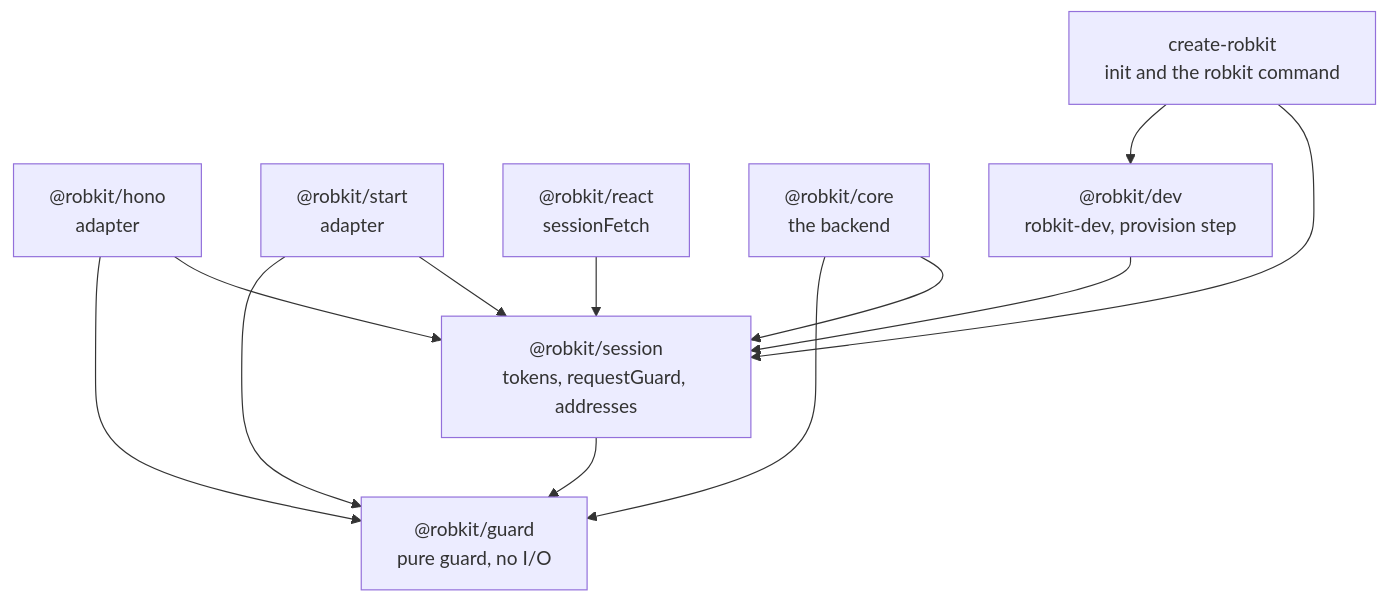
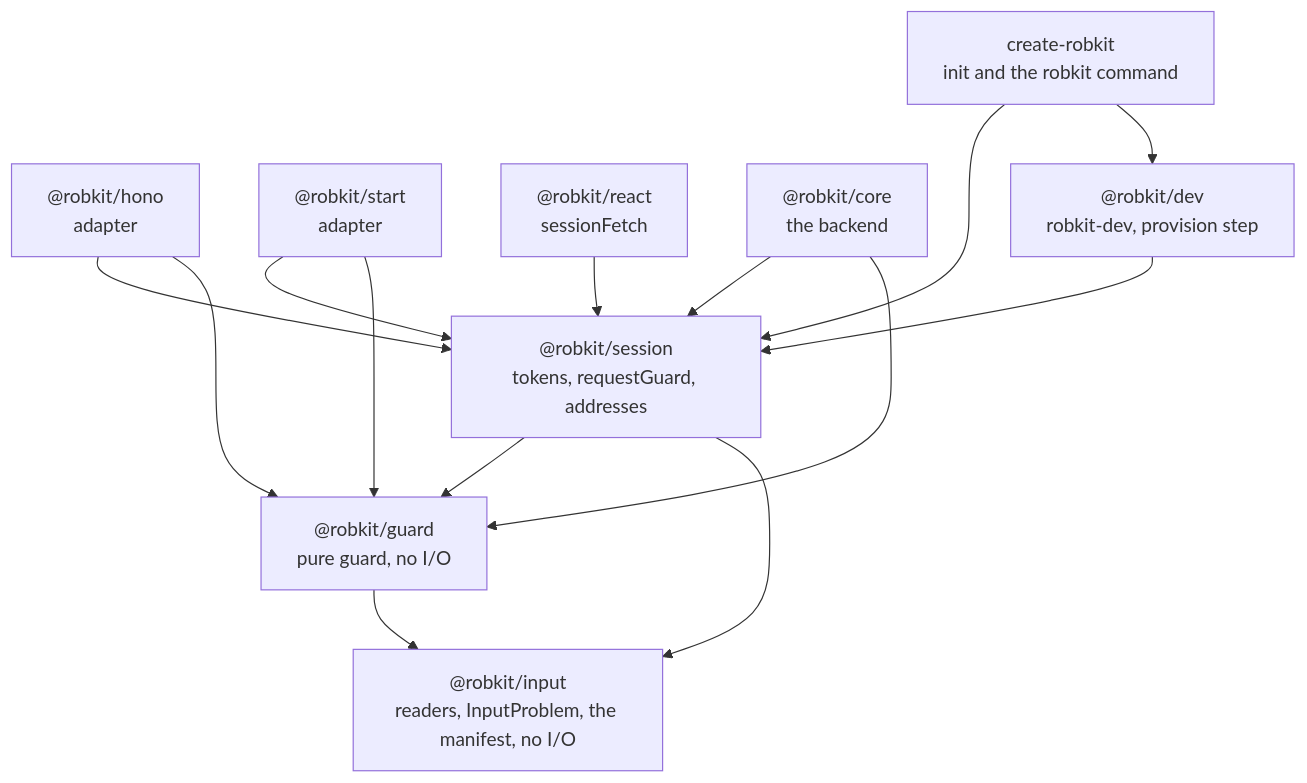
Before and after one commit to RobertScholey98/robkit: the fourth of 5 diagrams in docs/architecture.md, drawn with Mermaid. The commit also changed other lines of this file, not shown here.

First line of the commit message:
Point architecture.md at input, addresses.ts and session-store.ts

````diff
--- a/docs/architecture.md
+++ b/docs/architecture.md
@@ -120,23 +120,26 @@
 ```mermaid
 flowchart TD
+  input["@robkit/input<br/>readers, InputProblem, the manifest, no I/O"]
   guard["@robkit/guard<br/>pure guard, no I/O"]
   session["@robkit/session<br/>tokens, requestGuard, addresses"]
   hono["@robkit/hono<br/>adapter"]
   start["@robkit/start<br/>adapter"]
   react["@robkit/react<br/>sessionFetch"]
   core["@robkit/core<br/>the backend"]
   dev["@robkit/dev<br/>robkit-dev, provision step"]
   create["create-robkit<br/>init and the robkit command"]
 
+  guard --> input
   session --> guard
+  session --> input
   hono --> session
   hono --> guard
   start --> session
   start --> guard
   react --> session
   core --> session
   core --> guard
   dev --> session
   create --> session
   create --> dev
 ```
````
